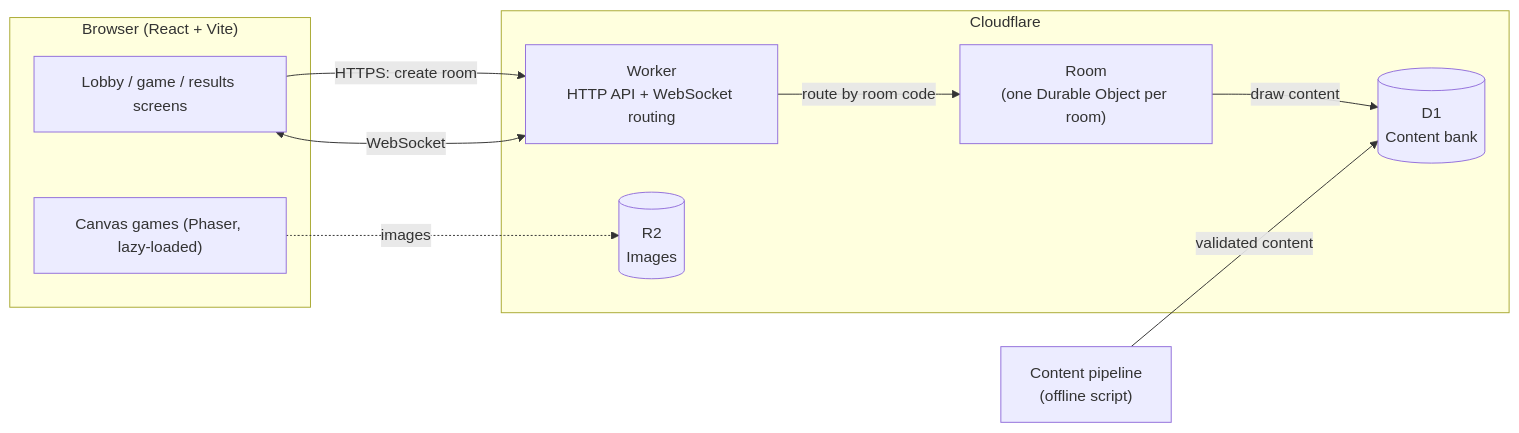
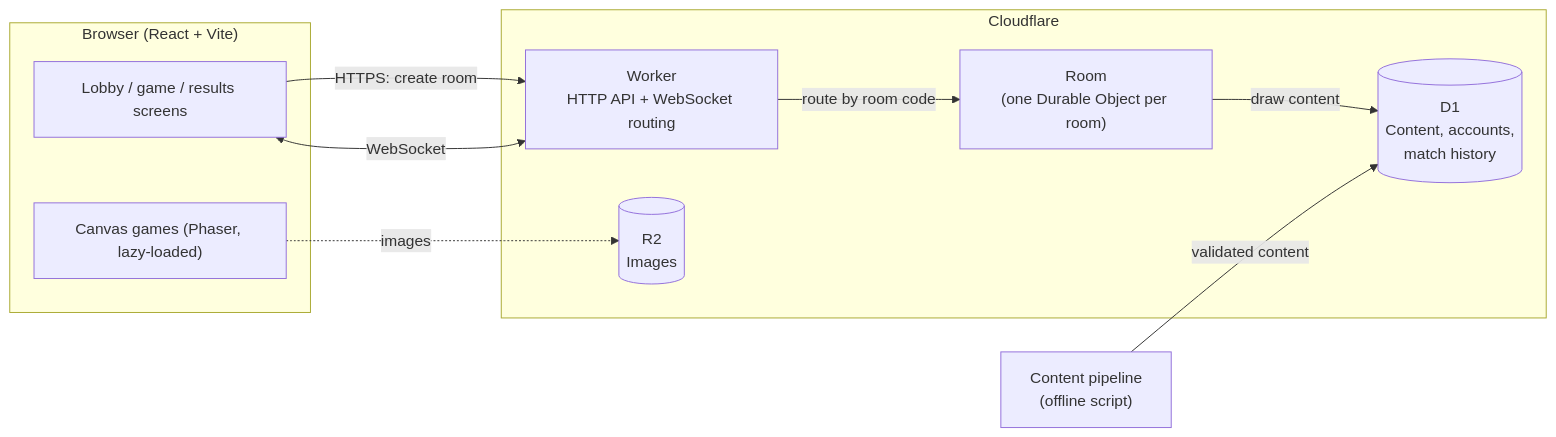
Before and after one commit to aristhegf/whizard: the first of 2 diagrams in docs/ARCHITECTURE.md, drawn with Mermaid. The commit also changed other lines of this file and 1 other file, not shown here.

First line of the commit message:
Plan optional accounts, friends and stats

````diff
--- a/docs/ARCHITECTURE.md
+++ b/docs/ARCHITECTURE.md
@@ -26,23 +25,23 @@
 ```mermaid
 flowchart LR
     subgraph Client["Browser (React + Vite)"]
         UI[Lobby / game / results screens]
         CV["Canvas games (Phaser, lazy-loaded)"]
     end
 
     subgraph Edge["Cloudflare"]
         W["Worker<br/>HTTP API + WebSocket routing"]
         DO["Room<br/>(one Durable Object per room)"]
-        D1[("D1<br/>Content bank")]
+        D1[("D1<br/>Content, accounts,<br/>match history")]
         R2[("R2<br/>Images")]
     end
 
     GEN["Content pipeline<br/>(offline script)"]
 
     UI -- "HTTPS: create room" --> W
     UI <-- "WebSocket" --> W
     W -- "route by room code" --> DO
     DO -- "draw content" --> D1
     CV -. "images" .-> R2
     GEN -- "validated content" --> D1
 ```
````
